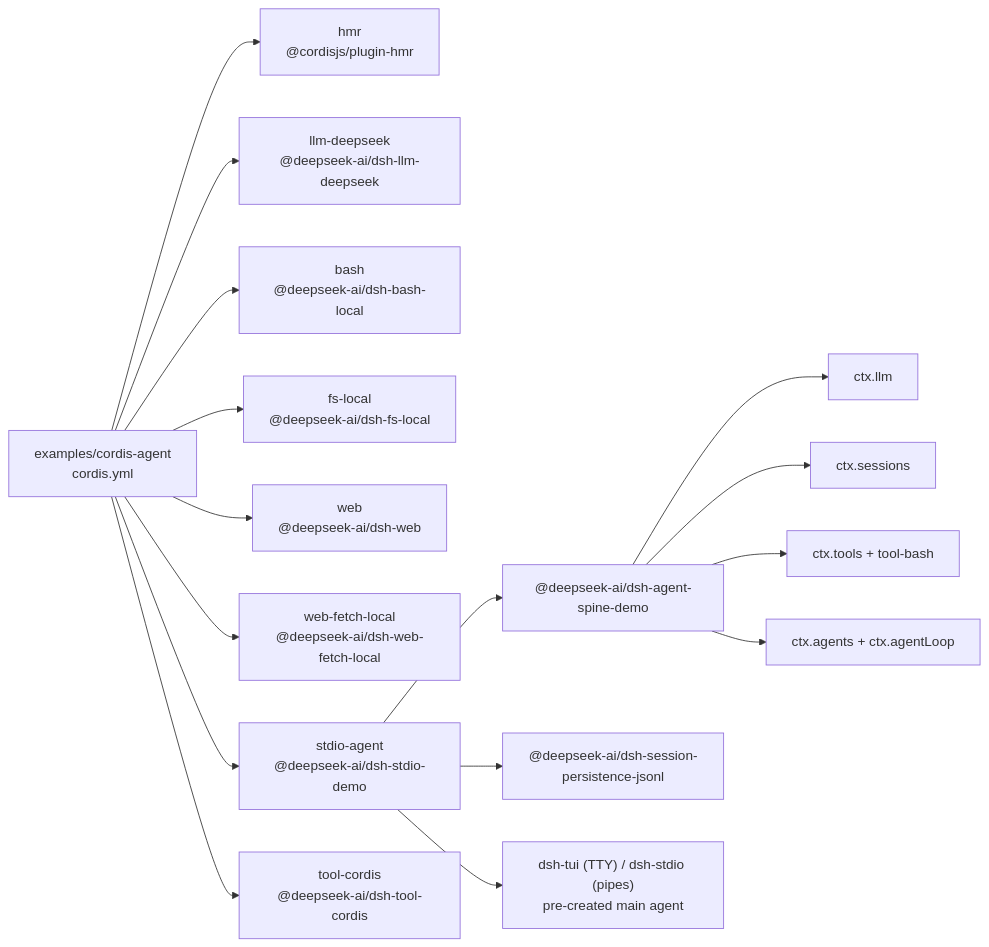
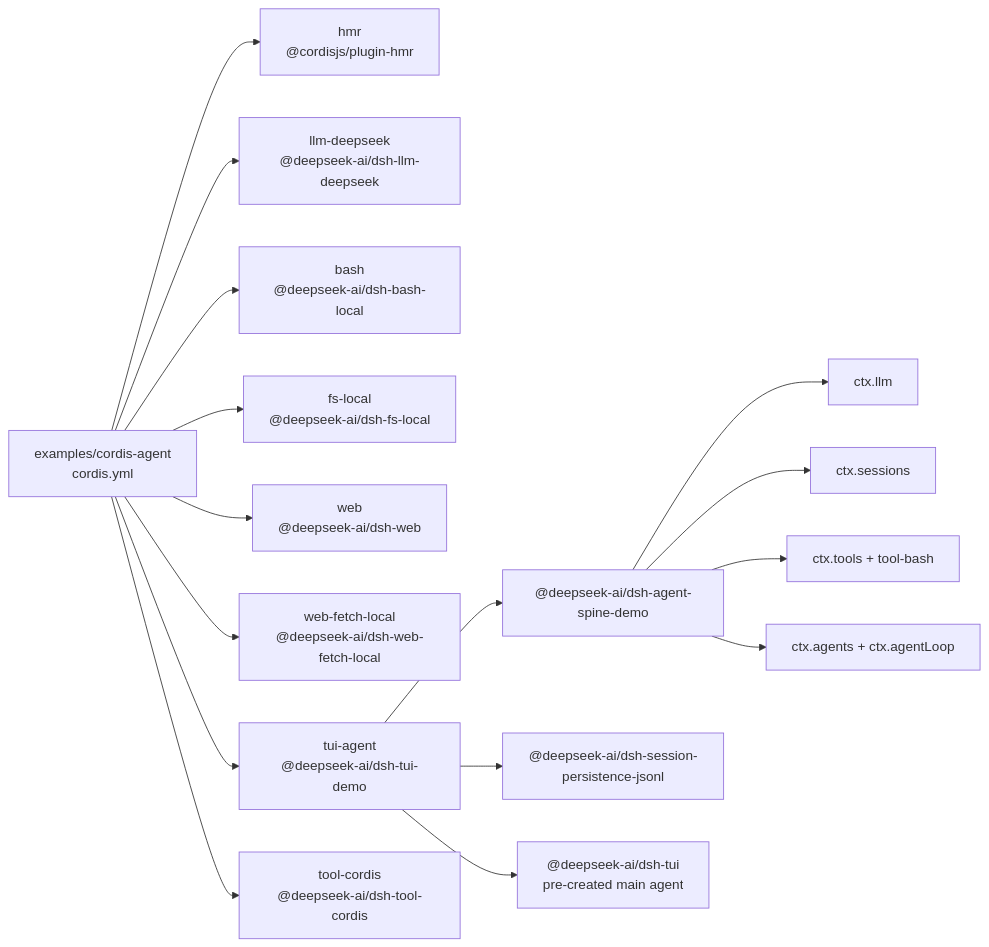
Before and after one commit to eru123/coco-harness: the diagram in examples/cordis-agent/composition.md, drawn with Mermaid. The commit also changed other lines of this file and 174 other files, not shown here.

First line of the commit message:
Merge pull request #441 from deepseek-harness/codex/remove-stdio-agent

````diff
--- a/examples/cordis-agent/composition.md
+++ b/examples/cordis-agent/composition.md
@@ -8,27 +8,27 @@
 ```mermaid
 flowchart LR
   cfg["examples/cordis-agent<br/>cordis.yml"]
   plugin_cordis_hmr["hmr<br/>@cordisjs/plugin-hmr"]
   cfg --> plugin_cordis_hmr
   plugin_cordis_llm_deepseek["llm-deepseek<br/>@deepseek-ai/dsh-llm-deepseek"]
   cfg --> plugin_cordis_llm_deepseek
   plugin_cordis_bash["bash<br/>@deepseek-ai/dsh-bash-local"]
   cfg --> plugin_cordis_bash
   plugin_cordis_fs_local["fs-local<br/>@deepseek-ai/dsh-fs-local"]
   cfg --> plugin_cordis_fs_local
   plugin_cordis_web["web<br/>@deepseek-ai/dsh-web"]
   cfg --> plugin_cordis_web
   plugin_cordis_web_fetch_local["web-fetch-local<br/>@deepseek-ai/dsh-web-fetch-local"]
   cfg --> plugin_cordis_web_fetch_local
-  plugin_cordis_stdio_agent["stdio-agent<br/>@deepseek-ai/dsh-stdio-demo"]
-  cfg --> plugin_cordis_stdio_agent
-  plugin_cordis_stdio_agent --> bundle_agent_core["@deepseek-ai/dsh-agent-spine-demo"]
-  plugin_cordis_stdio_agent --> bundle_jsonl["@deepseek-ai/dsh-session-persistence-jsonl"]
-  plugin_cordis_stdio_agent --> frontdoor_stdio["dsh-tui (TTY) / dsh-stdio (pipes)<br/>pre-created main agent"]
+  plugin_cordis_tui_agent["tui-agent<br/>@deepseek-ai/dsh-tui-demo"]
+  cfg --> plugin_cordis_tui_agent
+  plugin_cordis_tui_agent --> bundle_agent_core["@deepseek-ai/dsh-agent-spine-demo"]
+  plugin_cordis_tui_agent --> bundle_jsonl["@deepseek-ai/dsh-session-persistence-jsonl"]
+  plugin_cordis_tui_agent --> frontdoor_tui["@deepseek-ai/dsh-tui<br/>pre-created main agent"]
   bundle_agent_core --> spine_llm["ctx.llm"]
   bundle_agent_core --> spine_sessions["ctx.sessions"]
   bundle_agent_core --> spine_tools["ctx.tools + tool-bash"]
   bundle_agent_core --> spine_loop["ctx.agents + ctx.agentLoop"]
   plugin_cordis_tool_cordis["tool-cordis<br/>@deepseek-ai/dsh-tool-cordis"]
   cfg --> plugin_cordis_tool_cordis
 ```
````
